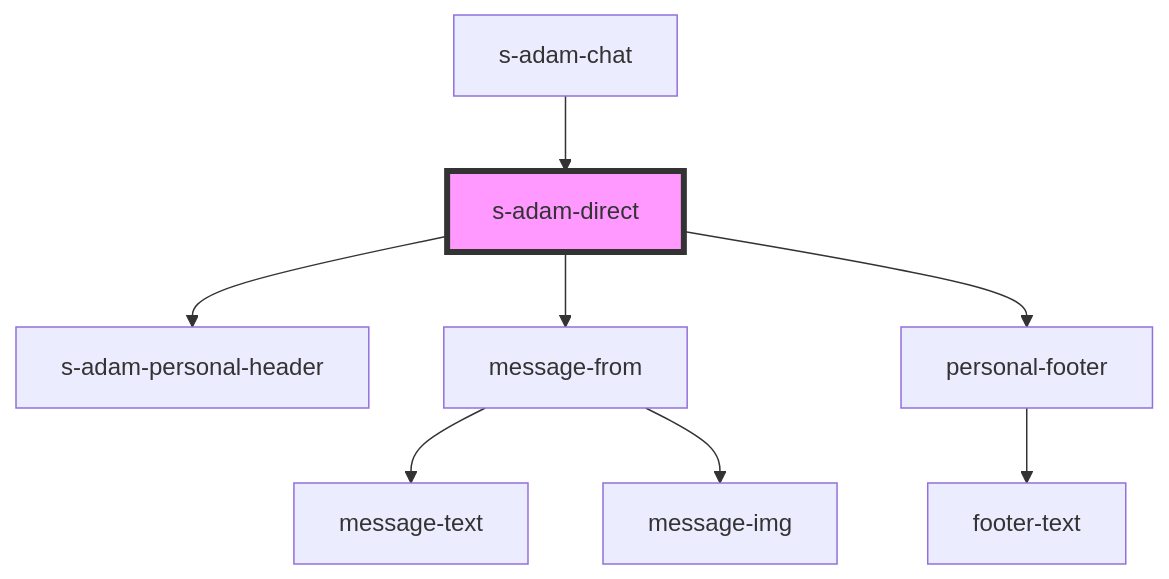
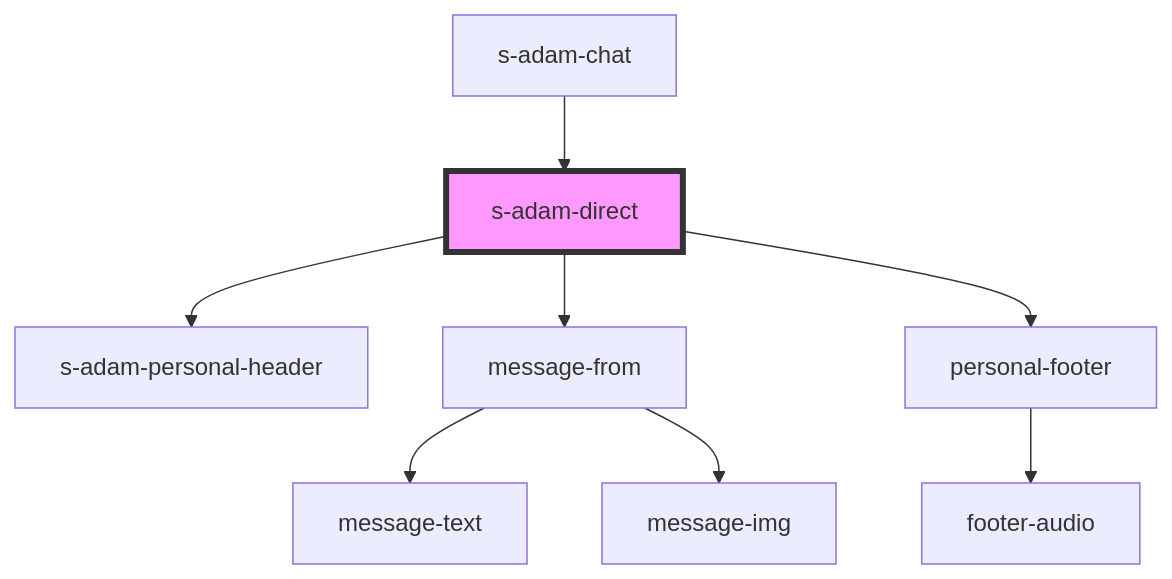
One commit to saqhan/stencil-chat changed the diagram in src/components/comp/s-adam-direct/readme.md. Above: the diagram before and after it, drawn with Mermaid. The commit also changed 27 other files, not shown here.

````diff
--- a/src/components/comp/s-adam-direct/readme.md
+++ b/src/components/comp/s-adam-direct/readme.md
@@ -37,11 +37,11 @@
 ```mermaid
 graph TD;
   s-adam-direct --> s-adam-personal-header
   s-adam-direct --> message-from
   s-adam-direct --> personal-footer
   message-from --> message-text
   message-from --> message-img
-  personal-footer --> footer-text
+  personal-footer --> footer-audio
   s-adam-chat --> s-adam-direct
   style s-adam-direct fill:#f9f,stroke:#333,stroke-width:4px
 ```
````
